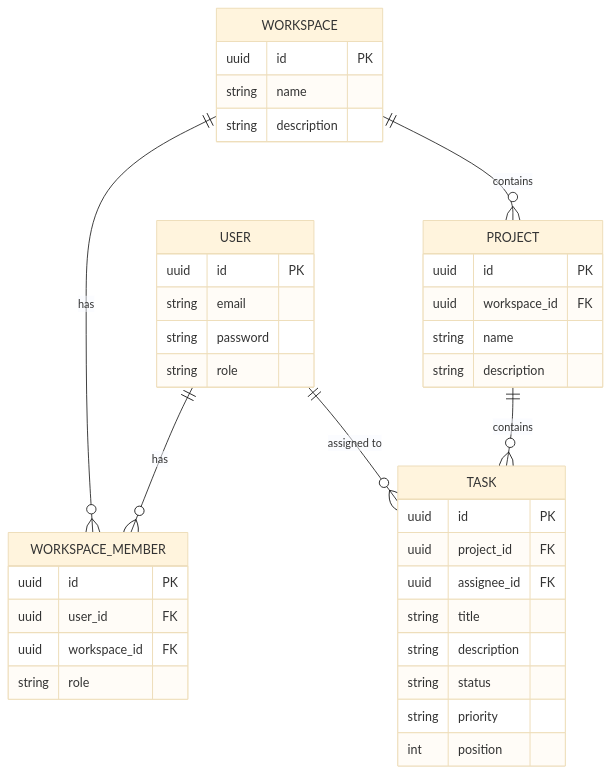
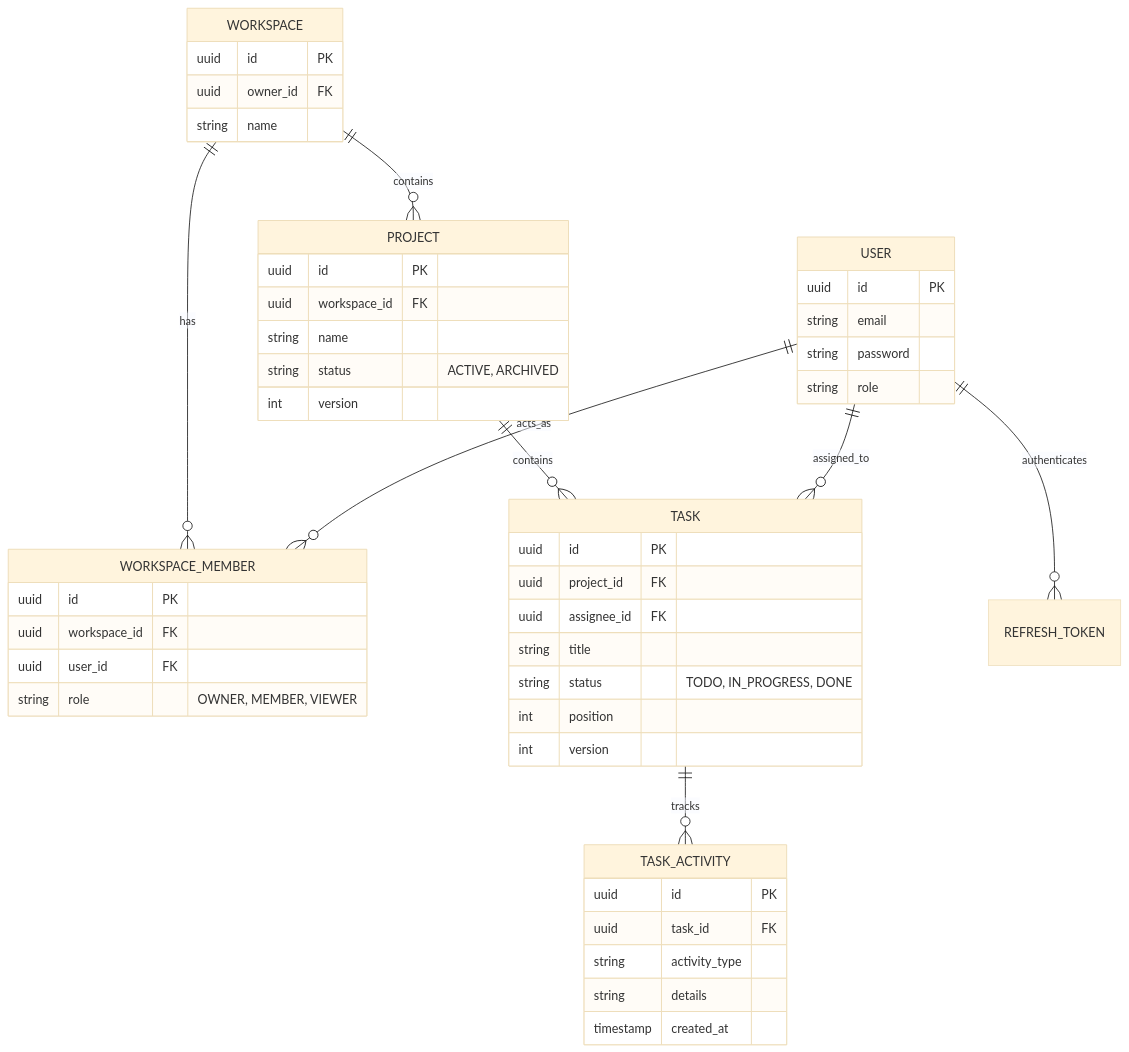
Before and after one commit to 0-YuvrajSingh/sprint-management: the second of 2 diagrams in README.md, drawn with Mermaid (base theme). The commit also changed other lines of this file and 64 other files, not shown here.

````diff
--- a/README.md
+++ b/README.md
@@ -89,42 +28,51 @@
 ```mermaid
 erDiagram
-    USER ||--o{ WORKSPACE_MEMBER : has
     WORKSPACE ||--o{ WORKSPACE_MEMBER : has
+    USER ||--o{ WORKSPACE_MEMBER : acts_as
     WORKSPACE ||--o{ PROJECT : contains
     PROJECT ||--o{ TASK : contains
-    USER ||--o{ TASK : "assigned to"
+    USER ||--o{ TASK : assigned_to
+    TASK ||--o{ TASK_ACTIVITY : tracks
+    USER ||--o{ REFRESH_TOKEN : authenticates
     
     USER {
         uuid id PK
         string email
         string password
         string role
     }
     WORKSPACE {
         uuid id PK
+        uuid owner_id FK
         string name
-        string description
     }
     WORKSPACE_MEMBER {
         uuid id PK
+        uuid workspace_id FK
         uuid user_id FK
-        uuid workspace_id FK
-        string role
+        string role "OWNER, MEMBER, VIEWER"
     }
     PROJECT {
         uuid id PK
         uuid workspace_id FK
         string name
-        string description
+        string status "ACTIVE, ARCHIVED"
+        int version
     }
     TASK {
         uuid id PK
         uuid project_id FK
         uuid assignee_id FK
         string title
-        string description
-        string status
-        string priority
+        string status "TODO, IN_PROGRESS, DONE"
         int position
+        int version
+    }
+    TASK_ACTIVITY {
+        uuid id PK
+        uuid task_id FK
+        string activity_type
+        string details
+        timestamp created_at
     }
 ```
````
